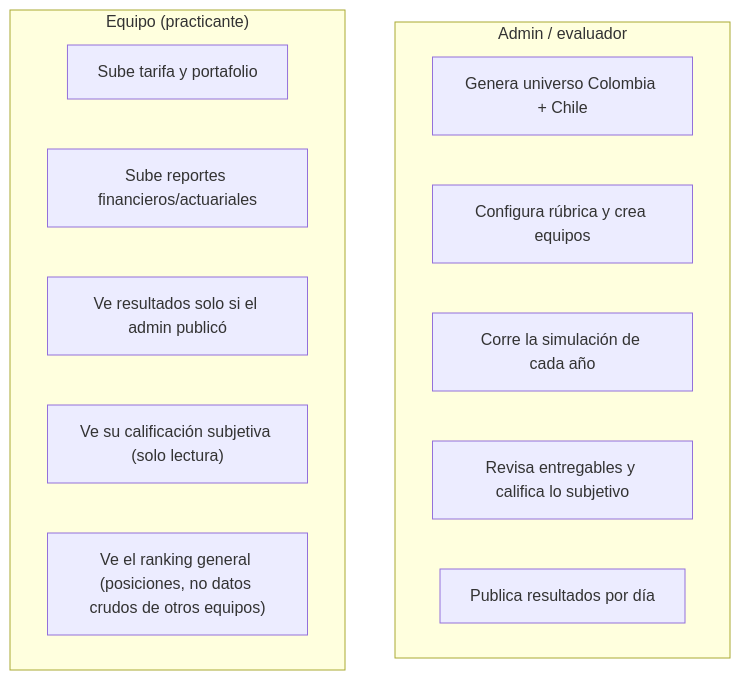
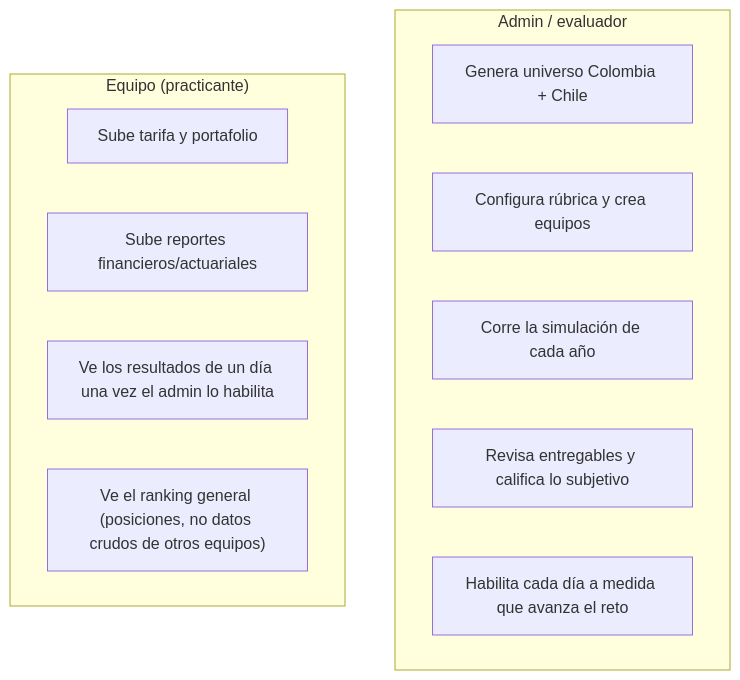
One commit to SaraGallego22/simulador-financiero-y-actuarial changed the fifth of 5 diagrams in README.md. Above: the diagram before and after it, drawn with Mermaid. The commit also changed other lines of this file and 17 other files, not shown here.

````diff
--- a/README.md
+++ b/README.md
@@ -657,17 +657,16 @@
 ```mermaid
 flowchart TB
     subgraph Admin["Admin / evaluador"]
         A1["Genera universo Colombia + Chile"]
         A2["Configura rúbrica y crea equipos"]
         A3["Corre la simulación de cada año"]
         A4["Revisa entregables y califica lo subjetivo"]
-        A5["Publica resultados por día"]
+        A5["Habilita cada día a medida que avanza el reto"]
     end
     subgraph Team["Equipo (practicante)"]
         T1["Sube tarifa y portafolio"]
         T2["Sube reportes financieros/actuariales"]
-        T3["Ve resultados solo si el admin publicó"]
-        T4["Ve su calificación subjetiva (solo lectura)"]
+        T3["Ve los resultados de un día una vez el admin lo habilita"]
         T5["Ve el ranking general (posiciones, no datos crudos de otros equipos)"]
     end
 ```
````
